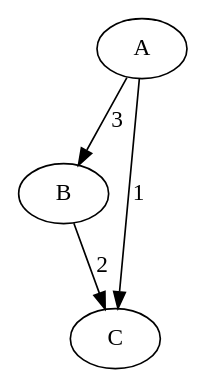
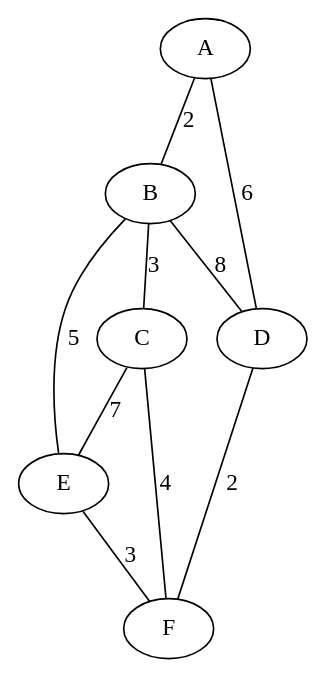
Before and after one commit to C2H5OH-creator/Algorithms: the diagram in LABS/№4/№4/test_file.dot, drawn with Graphviz. The commit also changed 49 other files, not shown here.

```diff
--- a/LABS/№4/№4/test_file.dot
+++ b/LABS/№4/№4/test_file.dot
@@ -1,8 +1,17 @@
-digraph G {
+graph G {
   "A";
   "B";
   "C";
-  "A" -> "B" [label="3"];
-  "A" -> "C" [label="1"];
-  "B" -> "C" [label="2"];
+  "D";
+  "E";
+  "F";
+  "A" -- "B" [label="2"];
+  "A" -- "D" [label="6"];
+  "B" -- "C" [label="3"];
+  "B" -- "D" [label="8"];
+  "B" -- "E" [label="5"];
+  "C" -- "E" [label="7"];
+  "C" -- "F" [label="4"];
+  "D" -- "F" [label="2"];
+  "E" -- "F" [label="3"];
 }
```
